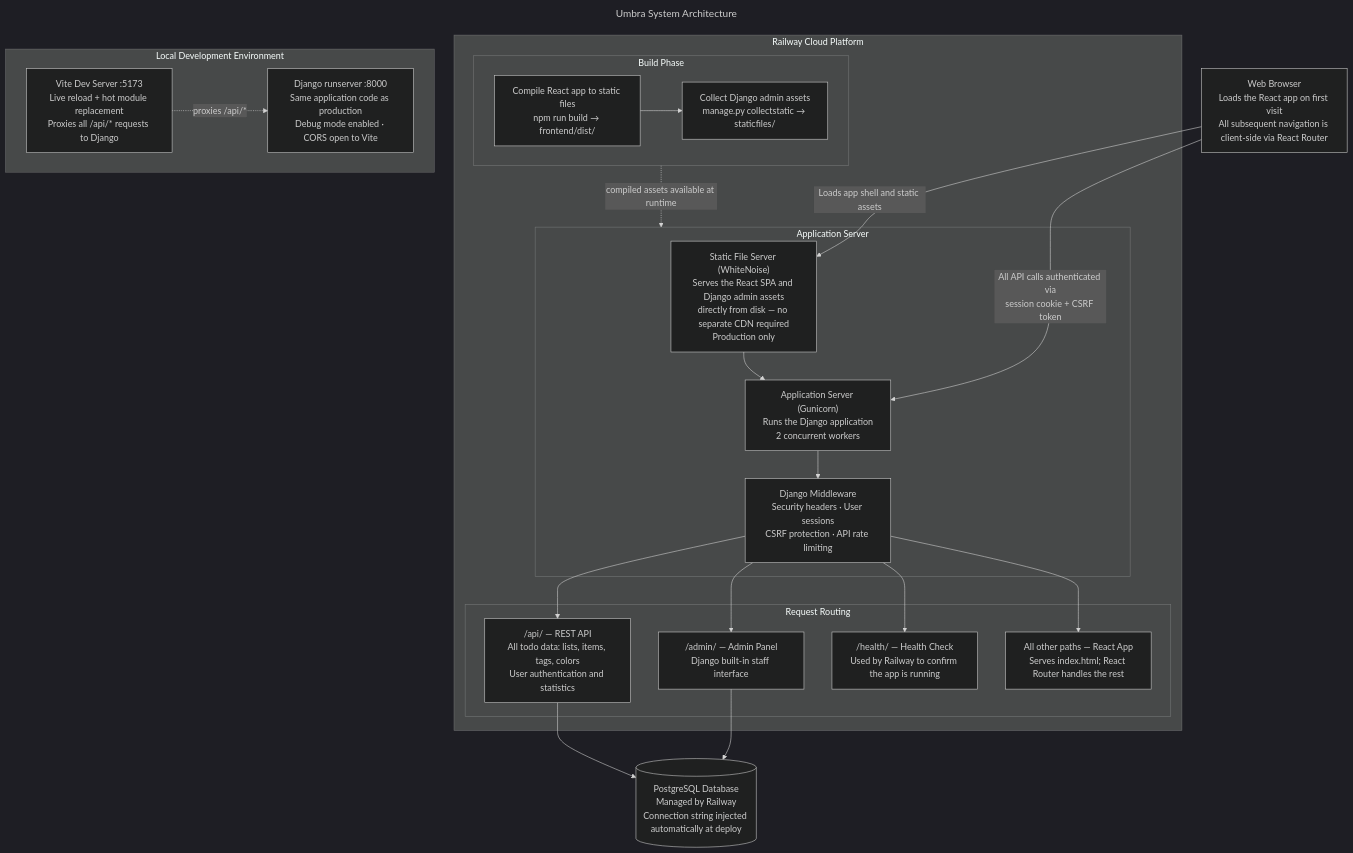
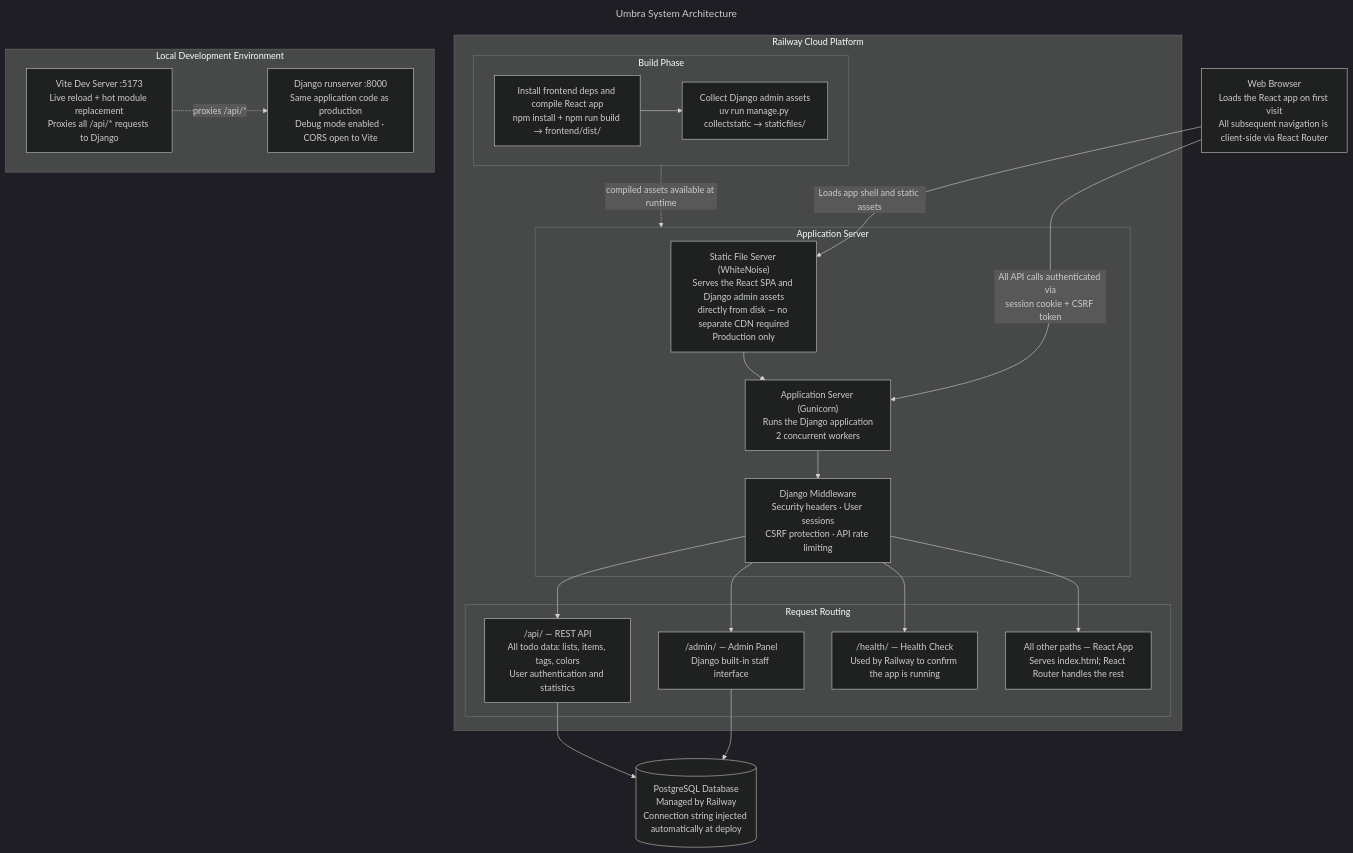
One commit to masriamir/umbra changed the diagram in docs/public/diagrams/system-architecture.mmd. Above: the diagram before and after it, drawn with Mermaid (dark theme). The commit also changed 1 other file, not shown here.

```diff
--- a/docs/public/diagrams/system-architecture.mmd
+++ b/docs/public/diagrams/system-architecture.mmd
@@ -1,42 +1,42 @@
 ---
 title: Umbra System Architecture
 ---
 flowchart TB
   BROWSER["Web Browser\nLoads the React app on first visit\nAll subsequent navigation is client-side via React Router"]
 
   subgraph RAILWAY["Railway Cloud Platform"]
     subgraph BUILD["Build Phase"]
-      B1["Compile React app to static files\nnpm run build → frontend/dist/"]
-      B2["Collect Django admin assets\nmanage.py collectstatic → staticfiles/"]
+      B1["Install frontend deps and compile React app\nnpm install + npm run build → frontend/dist/"]
+      B2["Collect Django admin assets\nuv run manage.py collectstatic → staticfiles/"]
       B1 --> B2
     end
 
     subgraph SERVE["Application Server"]
       WN["Static File Server (WhiteNoise)\nServes the React SPA and Django admin assets\ndirectly from disk — no separate CDN required\nProduction only"]
       GUN["Application Server (Gunicorn)\nRuns the Django application\n2 concurrent workers"]
       DJ["Django Middleware\nSecurity headers · User sessions\nCSRF protection · API rate limiting"]
       WN --> GUN --> DJ
     end
 
     subgraph URLS["Request Routing"]
       U1["/api/ — REST API\nAll todo data: lists, items, tags, colors\nUser authentication and statistics"]
       U2["/admin/ — Admin Panel\nDjango built-in staff interface"]
       U3["/health/ — Health Check\nUsed by Railway to confirm the app is running"]
       U4["All other paths — React App\nServes index.html; React Router handles the rest"]
     end
 
     BUILD -.->|"compiled assets available at runtime"| SERVE
     DJ --> U1 & U2 & U3 & U4
   end
 
   PG[("PostgreSQL Database\nManaged by Railway\nConnection string injected automatically at deploy")]
 
   BROWSER -->|"Loads app shell and static assets"| WN
   BROWSER -->|"All API calls authenticated via\nsession cookie + CSRF token"| GUN
   U1 & U2 --> PG
 
   subgraph DEV["Local Development Environment"]
     VITE["Vite Dev Server :5173\nLive reload + hot module replacement\nProxies all /api/* requests to Django"]
     DJRUN["Django runserver :8000\nSame application code as production\nDebug mode enabled · CORS open to Vite"]
     VITE -.->|"proxies /api/*"| DJRUN
   end
```
